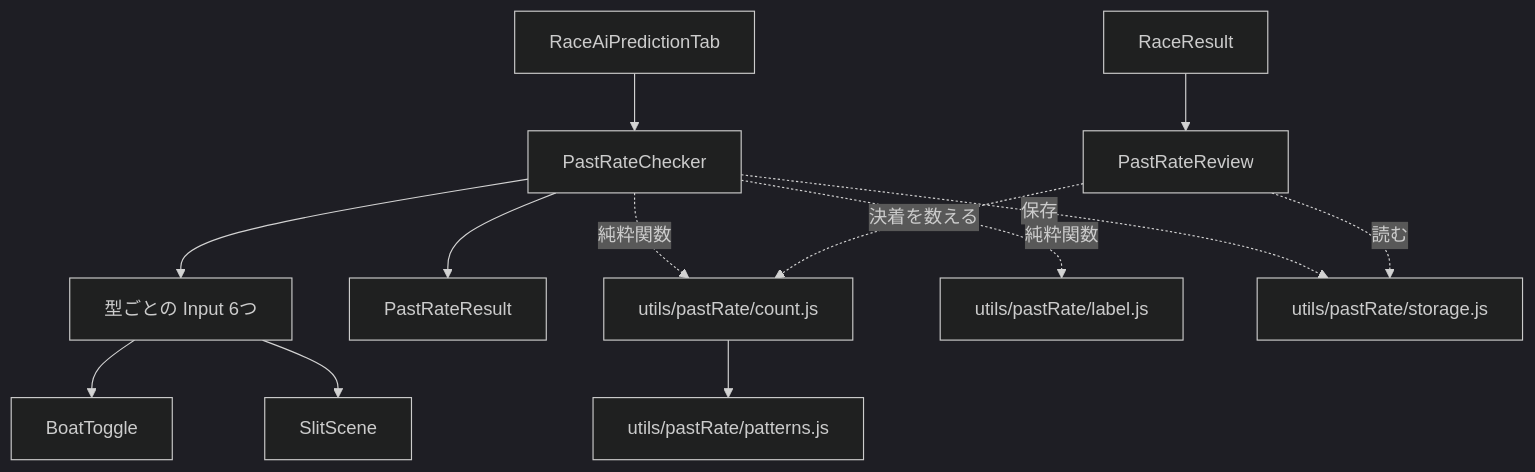
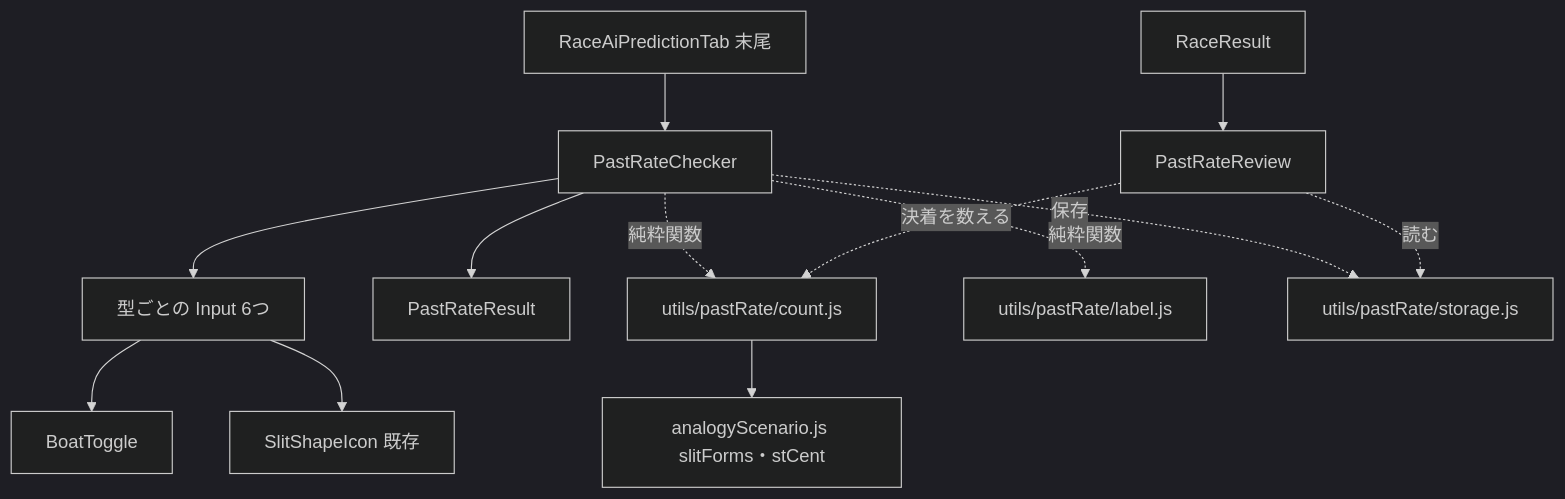
The second of 2 diagrams in docs/design/past-rate-check/plan.md (rhapsody0919/boatrace-ai-predictor), drawn with Mermaid (dark theme) before and after one commit. The commit also changed other lines of this file and 3 other files, not shown here.

````diff
--- a/docs/design/past-rate-check/plan.md
+++ b/docs/design/past-rate-check/plan.md
@@ -58,15 +61,15 @@
 ```mermaid
 flowchart TD
-  Tab[RaceAiPredictionTab] --> PRC[PastRateChecker]
+  Tab[RaceAiPredictionTab 末尾] --> PRC[PastRateChecker]
   PRC --> IN[型ごとの Input 6つ]
   IN --> BT[BoatToggle]
-  IN --> SS[SlitScene]
+  IN --> SS[SlitShapeIcon 既存]
   PRC --> RES[PastRateResult]
   Res[RaceResult] --> REV[PastRateReview]
   PRC -. 純粋関数 .-> C[utils/pastRate/count.js]
   PRC -. 純粋関数 .-> L[utils/pastRate/label.js]
   PRC -. 保存 .-> S[utils/pastRate/storage.js]
   REV -. 読む .-> S
   REV -. 決着を数える .-> C
-  C --> P[utils/pastRate/patterns.js]
+  C --> SF[analogyScenario.js slitForms・stCent]
 ```
````
